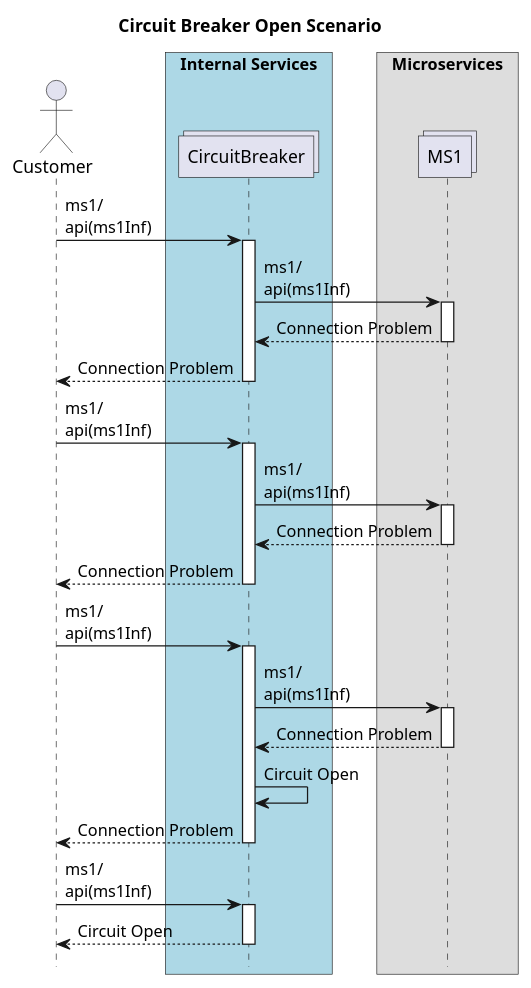
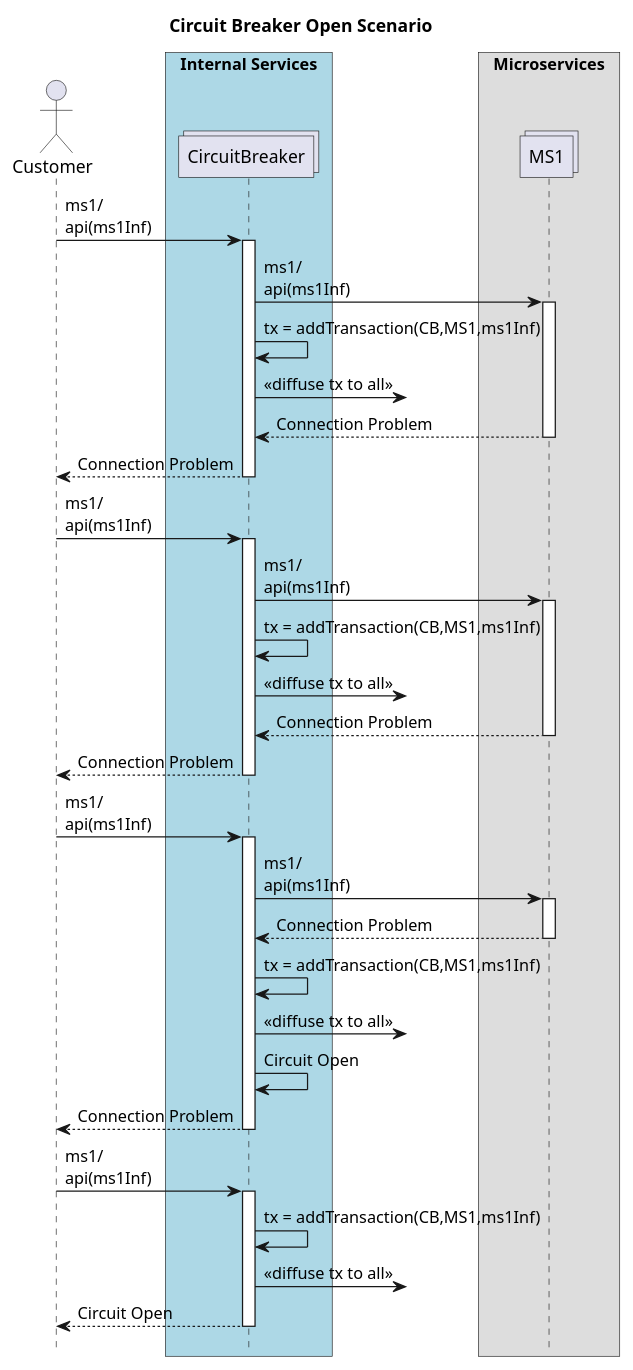
The diagram in 03 Service Circuit Breaker Open.wsd (naimyurek/microblockthesis), drawn with PlantUML before and after one commit. The commit also changed 7 other files, not shown here.

```diff
--- a/03 Service Circuit Breaker Open.wsd
+++ b/03 Service Circuit Breaker Open.wsd
@@ -1,38 +1,47 @@
 @startuml CustomerRegistrationScenario
 !pragma teoz true
 
 title "Circuit Breaker Open Scenario"
 
 hide footbox
 actor Customer
 
 
 box "Internal Services" #LightBlue
 collections CircuitBreaker
 end box
 
 box "Microservices"
 collections MS1
 end box
 
 Customer -> CircuitBreaker ++ : ms1/\napi(ms1Inf)
 CircuitBreaker -> MS1 ++ : ms1/\napi(ms1Inf)
+CircuitBreaker -> CircuitBreaker: tx = addTransaction(CB,MS1,ms1Inf)
+CircuitBreaker ->? : << diffuse tx to all >>
+
+return Connection Problem
+return Connection Problem
+
+Customer -> CircuitBreaker ++ : ms1/\napi(ms1Inf)
+CircuitBreaker -> MS1 ++ : ms1/\napi(ms1Inf)
+CircuitBreaker -> CircuitBreaker: tx = addTransaction(CB,MS1,ms1Inf)
+CircuitBreaker ->? : << diffuse tx to all >>
 return Connection Problem
 return Connection Problem
 
 Customer -> CircuitBreaker ++ : ms1/\napi(ms1Inf)
 CircuitBreaker -> MS1 ++ : ms1/\napi(ms1Inf)
 return Connection Problem
-return Connection Problem
-
-Customer -> CircuitBreaker ++ : ms1/\napi(ms1Inf)
-CircuitBreaker -> MS1 ++ : ms1/\napi(ms1Inf)
-return Connection Problem
+CircuitBreaker -> CircuitBreaker: tx = addTransaction(CB,MS1,ms1Inf)
+CircuitBreaker ->? : << diffuse tx to all >>
 CircuitBreaker -> CircuitBreaker: Circuit Open
 return Connection Problem
 
 Customer -> CircuitBreaker ++ : ms1/\napi(ms1Inf)
+CircuitBreaker -> CircuitBreaker: tx = addTransaction(CB,MS1,ms1Inf)
+CircuitBreaker ->? : << diffuse tx to all >>
 return Circuit Open
 
 
 @enduml
```
